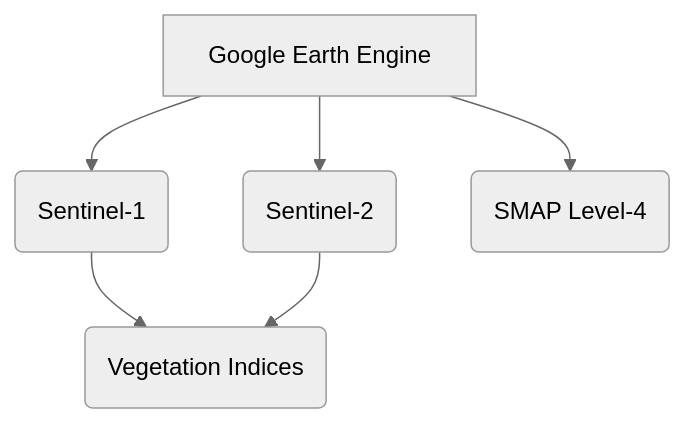
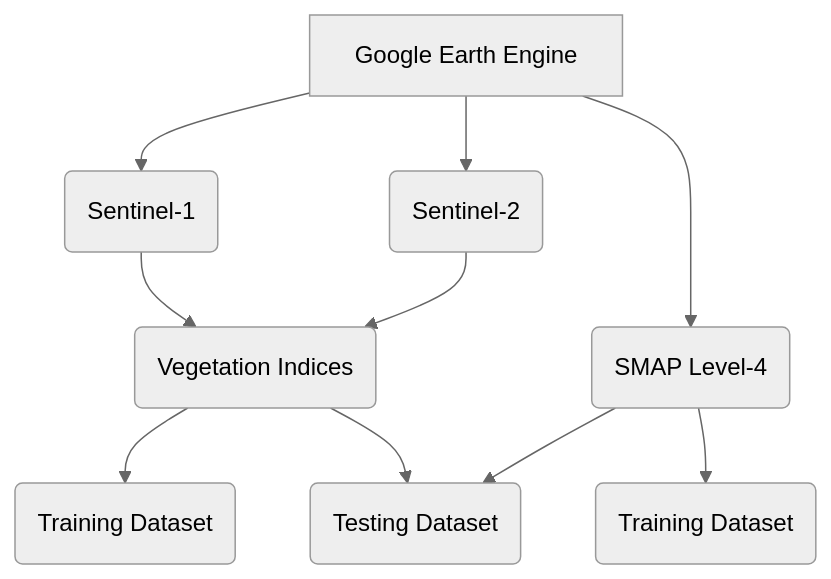
The diagram in README.md (ITU-GeoAI-Challenge/3rd_place_cropland_mapping), drawn with Mermaid (neutral theme) before and after one commit.

````diff
--- a/README.md
+++ b/README.md
@@ -14,9 +14,16 @@
 ```mermaid
 graph TD
     A[Google Earth Engine] --> B(Sentinel-1)
     A --> C(Sentinel-2)
     A --> D(SMAP Level-4)
 
     B --> E(Vegetation Indices)
     C --> E
+
+    E --> F(Training Dataset)
+    E --> G(Testing Dataset)
+
+    D --> G(Testing Dataset)
+    D --> f(Training Dataset)
+
 ```
````
